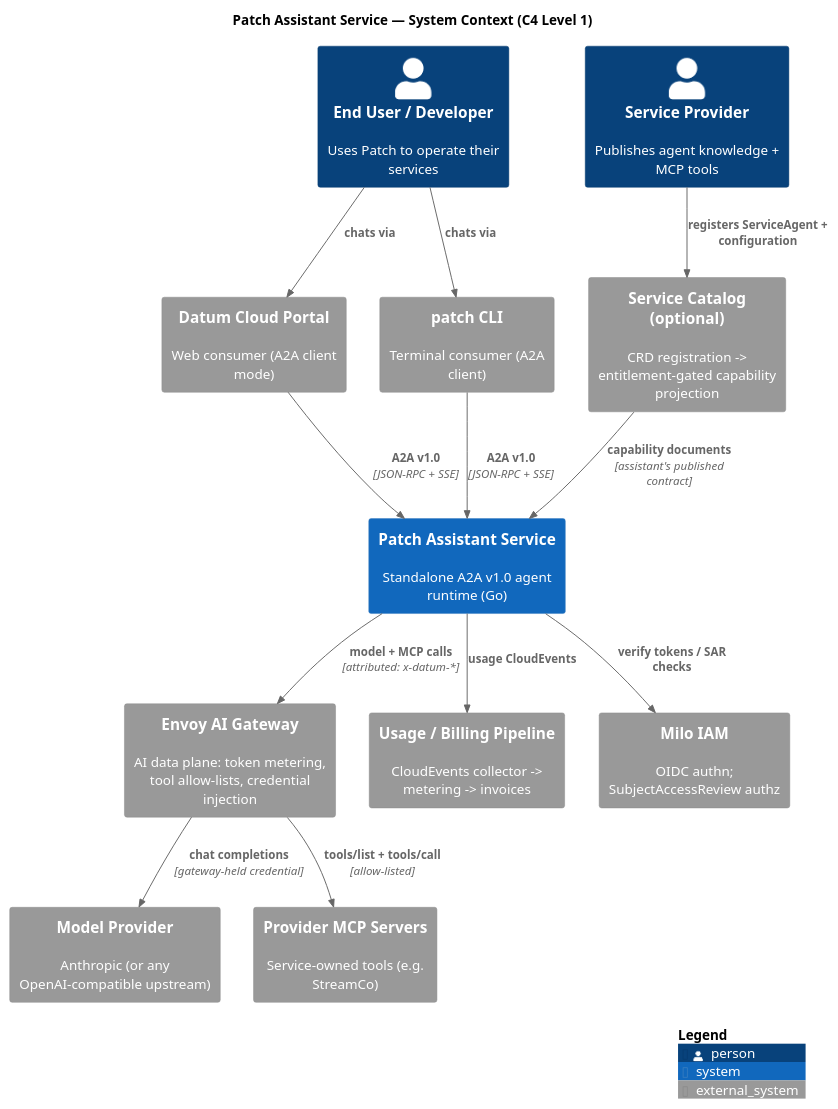
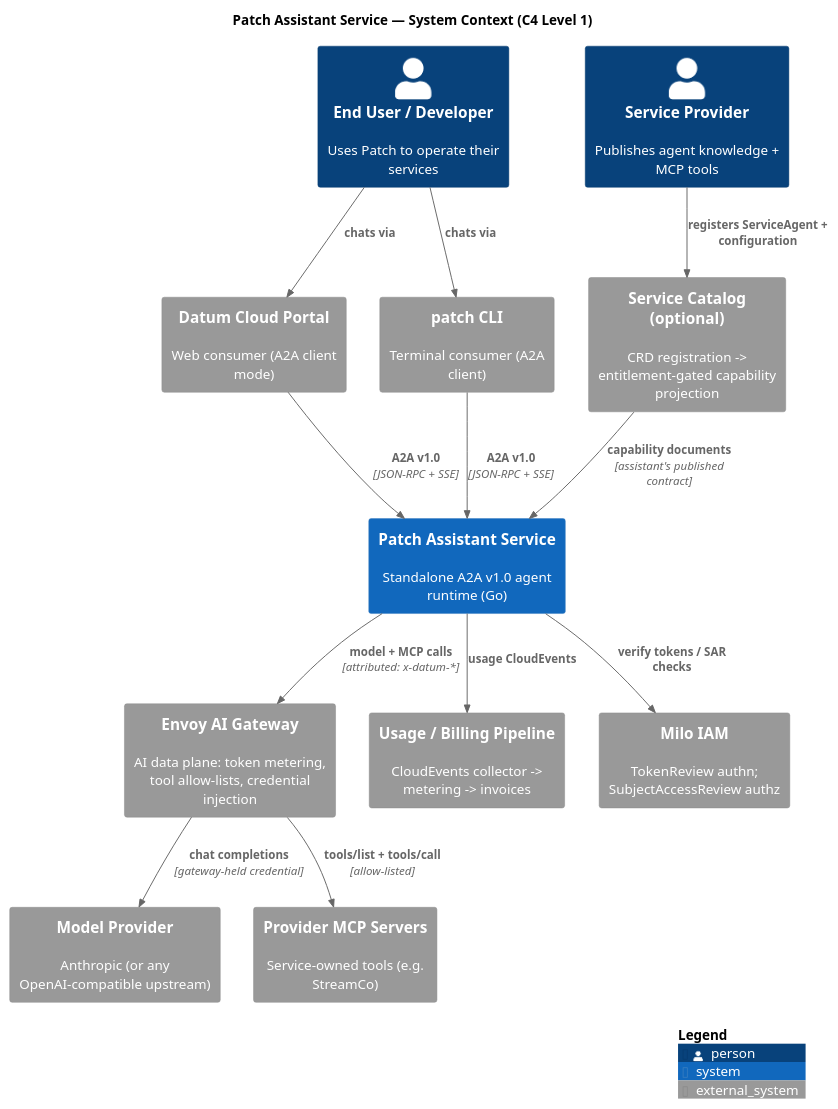
Before and after one commit to milo-os/assistant: the diagram in docs/diagrams/context.puml, drawn with PlantUML. The commit also changed 20 other files, not shown here.

First line of the commit message:
docs: layered architecture documentation

```diff
--- a/docs/diagrams/context.puml
+++ b/docs/diagrams/context.puml
@@ -1,33 +1,33 @@
 @startuml context
 !include <C4/C4_Context>
 
 title Patch Assistant Service — System Context (C4 Level 1)
 
 Person(user, "End User / Developer", "Uses Patch to operate their services")
 Person(provider, "Service Provider", "Publishes agent knowledge + MCP tools")
 
 System(assistant, "Patch Assistant Service", "Standalone A2A v1.0 agent runtime (Go)")
 
 System_Ext(portal, "Datum Cloud Portal", "Web consumer (A2A client mode)")
 System_Ext(cli, "patch CLI", "Terminal consumer (A2A client)")
 System_Ext(gateway, "Envoy AI Gateway", "AI data plane: token metering, tool allow-lists, credential injection")
 System_Ext(llm, "Model Provider", "Anthropic (or any OpenAI-compatible upstream)")
 System_Ext(mcp, "Provider MCP Servers", "Service-owned tools (e.g. StreamCo)")
 System_Ext(billing, "Usage / Billing Pipeline", "CloudEvents collector -> metering -> invoices")
 System_Ext(catalog, "Service Catalog (optional)", "CRD registration -> entitlement-gated capability projection")
-System_Ext(iam, "Milo IAM", "OIDC authn; SubjectAccessReview authz")
+System_Ext(iam, "Milo IAM", "TokenReview authn; SubjectAccessReview authz")
 
 Rel(user, portal, "chats via")
 Rel(user, cli, "chats via")
 Rel(portal, assistant, "A2A v1.0", "JSON-RPC + SSE")
 Rel(cli, assistant, "A2A v1.0", "JSON-RPC + SSE")
 Rel(assistant, gateway, "model + MCP calls", "attributed: x-datum-*")
 Rel(gateway, llm, "chat completions", "gateway-held credential")
 Rel(gateway, mcp, "tools/list + tools/call", "allow-listed")
 Rel(assistant, billing, "usage CloudEvents")
 Rel(catalog, assistant, "capability documents", "assistant's published contract")
 Rel(provider, catalog, "registers ServiceAgent + configuration")
 Rel(assistant, iam, "verify tokens / SAR checks")
 
 SHOW_LEGEND()
 @enduml
```
